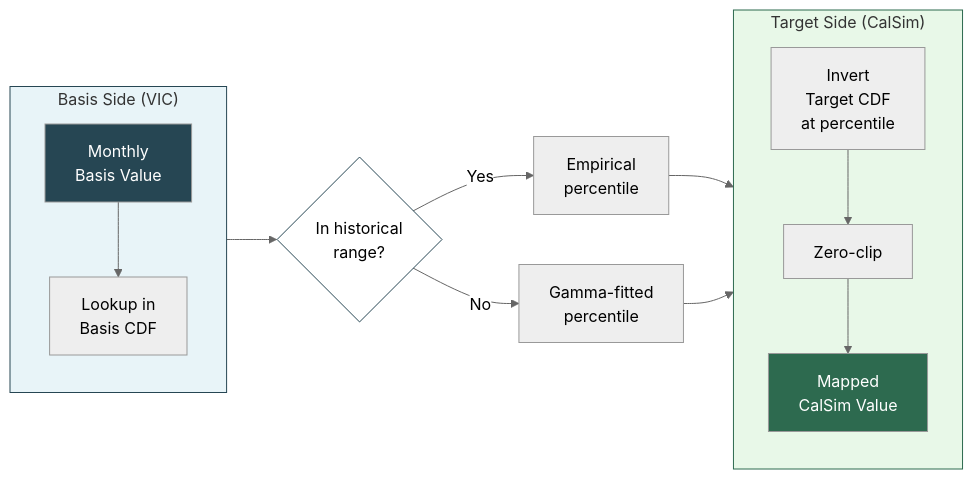
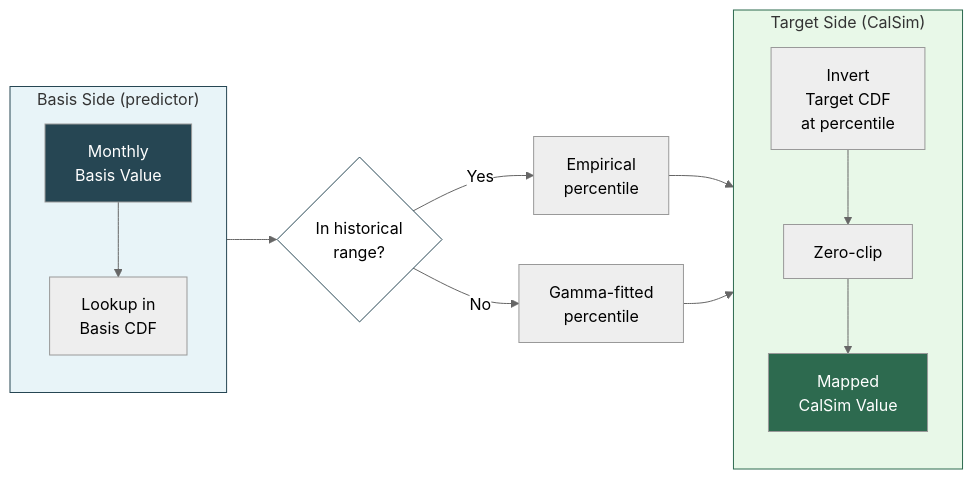
One commit to CentralValleyModeling/calsim3-stochastic-input-generation changed the second of 2 diagrams in docs/source/methods.md. Above: the diagram before and after it, drawn with Mermaid (neutral theme). The commit also changed other lines of this file and 24 other files, not shown here.

````diff
--- a/docs/source/methods.md
+++ b/docs/source/methods.md
@@ -93,25 +89,25 @@
 ```{mermaid}
 flowchart LR
-    subgraph basis["Basis Side (VIC)"]
+    subgraph basis["Basis Side (predictor)"]
         direction TB
         INPUT["Monthly<br/>Basis Value"] --> BCDF["Lookup in<br/>Basis CDF"]
     end
 
     BCDF --> RANGE{"In historical<br/>range?"}
     RANGE -->|Yes| EMP["Empirical<br/>percentile"]
     RANGE -->|No| GAMMA["Gamma-fitted<br/>percentile"]
 
     EMP --> INVERT
     GAMMA --> INVERT
 
     subgraph target["Target Side (CalSim)"]
         direction TB
         INVERT["Invert<br/>Target CDF<br/>at percentile"] --> CLIP["Zero-clip"] --> OUTPUT["Mapped<br/>CalSim Value"]
     end
 
     style basis fill:#e8f4f8,stroke:#264653
     style target fill:#e8f8e8,stroke:#2d6a4f
     style INPUT fill:#264653,color:#fff
     style OUTPUT fill:#2d6a4f,color:#fff
     style RANGE fill:#fff,stroke:#264653
 ```
````
